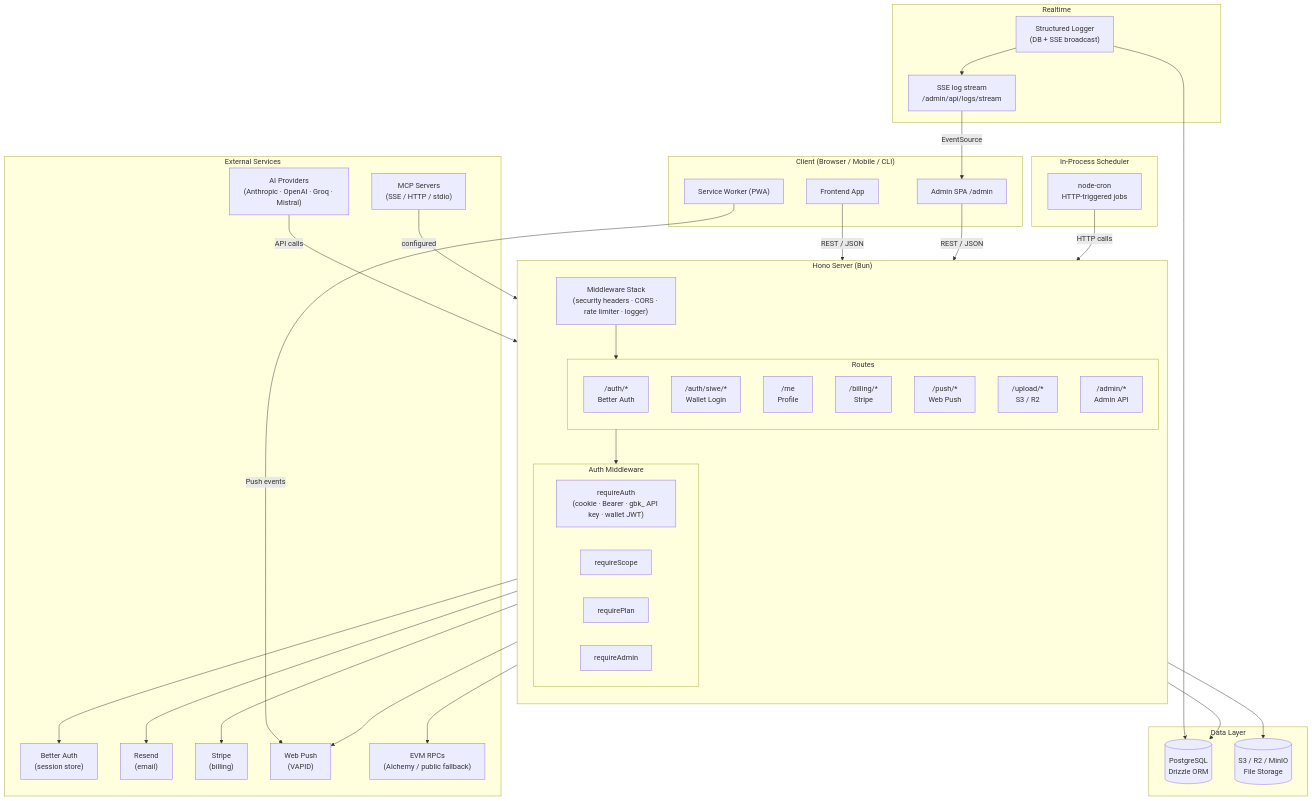
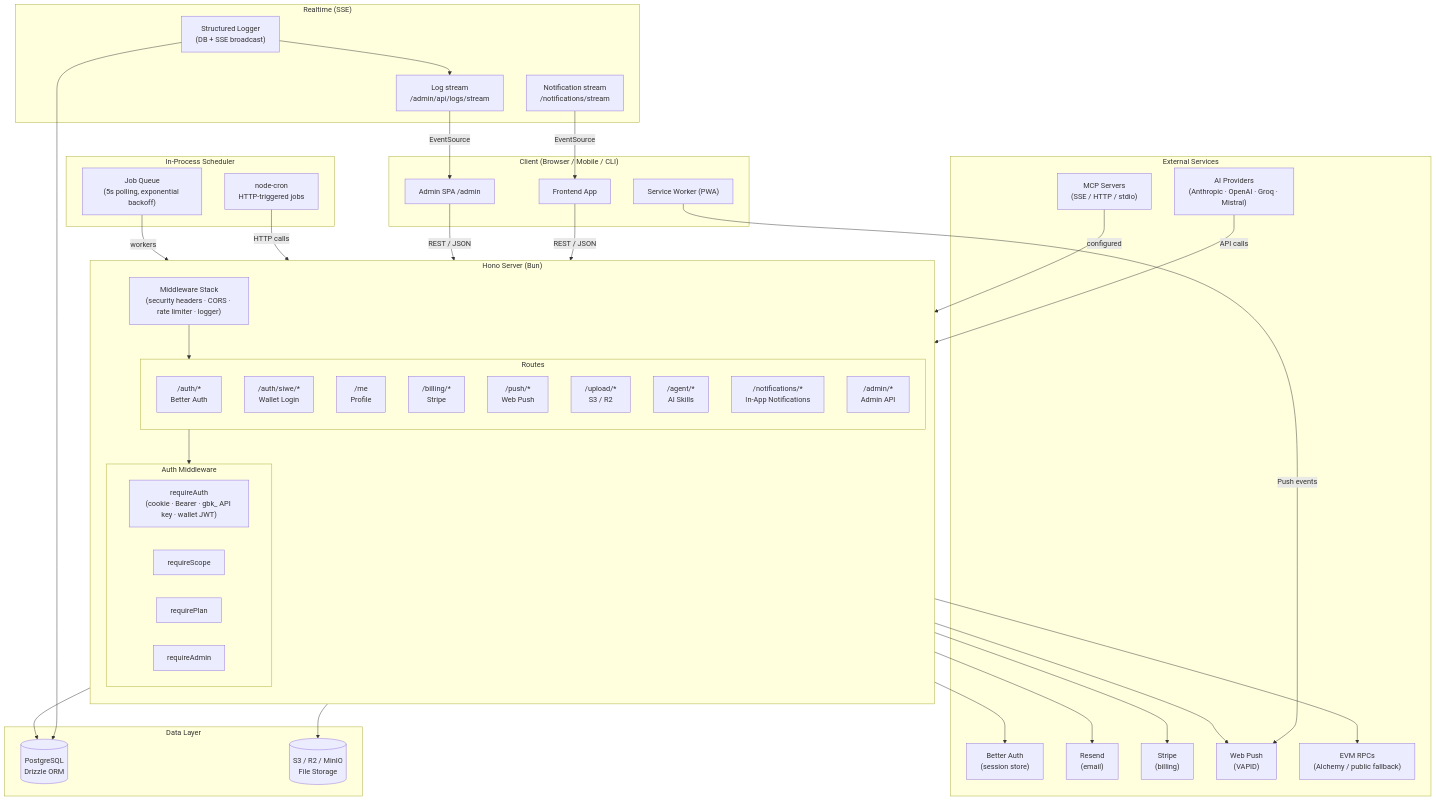
Before and after one commit to Echo-Merlini/GoBoiler: the first of 5 diagrams in README.md, drawn with Mermaid. The commit also changed other lines of this file and 1 other file, not shown here.

````diff
--- a/README.md
+++ b/README.md
@@ -35,74 +41,80 @@
 ```mermaid
 graph TB
     subgraph Client["Client (Browser / Mobile / CLI)"]
         FE["Frontend App"]
         Admin["Admin SPA /admin"]
         SW["Service Worker (PWA)"]
     end
 
     subgraph Hono["Hono Server (Bun)"]
         direction TB
         MW["Middleware Stack\n(security headers · CORS · rate limiter · logger)"]
 
         subgraph Routes
             AUTH["/auth/*\nBetter Auth"]
             SIWE["/auth/siwe/*\nWallet Login"]
             ME["/me\nProfile"]
             BILL["/billing/*\nStripe"]
             PUSH["/push/*\nWeb Push"]
             UPLOAD["/upload/*\nS3 / R2"]
+            AGENT["/agent/*\nAI Skills"]
+            NOTIF["/notifications/*\nIn-App Notifications"]
             ADMIN["/admin/*\nAdmin API"]
         end
 
         subgraph AuthMW["Auth Middleware"]
             RA["requireAuth\n(cookie · Bearer · gbk_ API key · wallet JWT)"]
             RS["requireScope"]
             RP["requirePlan"]
             RADM["requireAdmin"]
         end
     end
 
     subgraph Data["Data Layer"]
         DB[("PostgreSQL\nDrizzle ORM")]
         S3[("S3 / R2 / MinIO\nFile Storage")]
     end
 
     subgraph External["External Services"]
         BA["Better Auth\n(session store)"]
         RESEND["Resend\n(email)"]
         STRIPE["Stripe\n(billing)"]
         VAPID["Web Push\n(VAPID)"]
         RPC["EVM RPCs\n(Alchemy / public fallback)"]
         AI["AI Providers\n(Anthropic · OpenAI · Groq · Mistral)"]
         MCP["MCP Servers\n(SSE / HTTP / stdio)"]
     end
 
     subgraph Scheduler["In-Process Scheduler"]
         CRON["node-cron\nHTTP-triggered jobs"]
+        QUEUE["Job Queue\n(5s polling, exponential backoff)"]
     end
 
-    subgraph Realtime["Realtime"]
-        SSE["SSE log stream\n/admin/api/logs/stream"]
+    subgraph Realtime["Realtime (SSE)"]
+        SSE["Log stream\n/admin/api/logs/stream"]
+        NSSE["Notification stream\n/notifications/stream"]
         LOGGER["Structured Logger\n(DB + SSE broadcast)"]
     end
 
     FE -->|REST / JSON| MW
     Admin -->|REST / JSON| MW
     SW -->|Push events| VAPID
 
     MW --> Routes
     Routes --> AuthMW
     Routes --> DB
     Routes --> S3
     Routes --> BA
     Routes --> RESEND
     Routes --> STRIPE
     Routes --> VAPID
     Routes --> RPC
     CRON -->|HTTP calls| Routes
+    QUEUE -->|workers| Routes
     LOGGER --> DB
     LOGGER --> SSE
     SSE -->|EventSource| Admin
-    AI -->|API calls| ADMIN
+    NSSE -->|EventSource| FE
+    AI -->|API calls| AGENT
     MCP -->|configured| ADMIN
 ```
````
